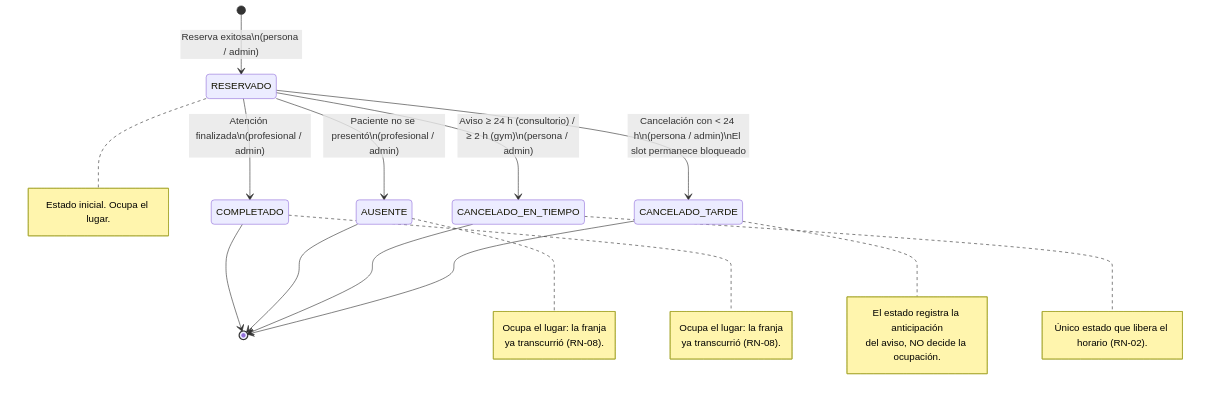
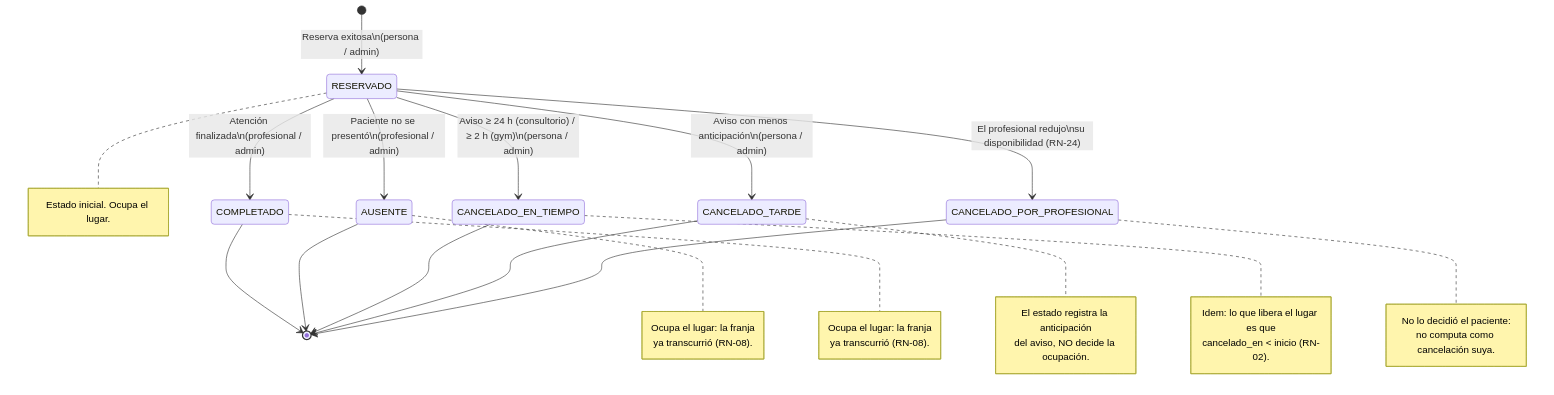
One commit to rcalcatelli/vitalys-app changed the second of 11 diagrams in docs/02-diseno/diagramas.md. Above: the diagram before and after it, drawn with Mermaid. The commit also changed other lines of this file and 5 other files, not shown here.

````diff
--- a/docs/02-diseno/diagramas.md
+++ b/docs/02-diseno/diagramas.md
@@ -101,40 +101,49 @@
 ```mermaid
 stateDiagram-v2
     [*] --> RESERVADO : Reserva exitosa\n(persona / admin)
 
     RESERVADO --> COMPLETADO : Atención finalizada\n(profesional / admin)
 
     RESERVADO --> AUSENTE : Paciente no se presentó\n(profesional / admin)
 
     RESERVADO --> CANCELADO_EN_TIEMPO : Aviso ≥ 24 h (consultorio) / ≥ 2 h (gym)\n(persona / admin)
 
-    RESERVADO --> CANCELADO_TARDE : Cancelación con < 24 h\n(persona / admin)\nEl slot permanece bloqueado
+    RESERVADO --> CANCELADO_TARDE : Aviso con menos anticipación\n(persona / admin)
+
+    RESERVADO --> CANCELADO_POR_PROFESIONAL : El profesional redujo\nsu disponibilidad (RN-24)
 
     COMPLETADO --> [*]
     AUSENTE --> [*]
     CANCELADO_EN_TIEMPO --> [*]
     CANCELADO_TARDE --> [*]
+    CANCELADO_POR_PROFESIONAL --> [*]
 
     note right of RESERVADO
         Estado inicial. Ocupa el lugar.
     end note
 
     note right of AUSENTE
         Ocupa el lugar: la franja
         ya transcurrió (RN-08).
     end note
 
     note right of COMPLETADO
         Ocupa el lugar: la franja
         ya transcurrió (RN-08).
     end note
 
     note right of CANCELADO_TARDE
         El estado registra la anticipación
         del aviso, NO decide la ocupación.
     end note
 
     note right of CANCELADO_EN_TIEMPO
-        Único estado que libera el horario (RN-02).
+        Idem: lo que libera el lugar es que
+        cancelado_en < inicio (RN-02).
+    end note
+
+    note right of CANCELADO_POR_PROFESIONAL
+        No lo decidió el paciente:
+        no computa como cancelación suya.
     end note
 ```
````
